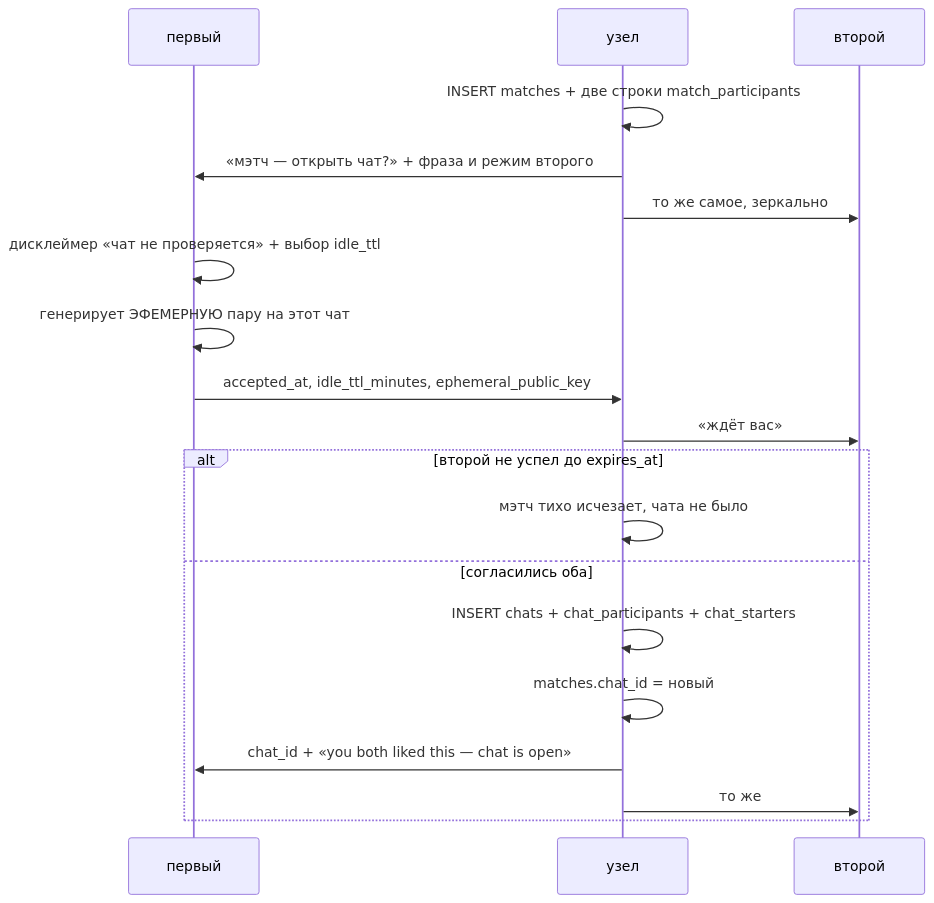
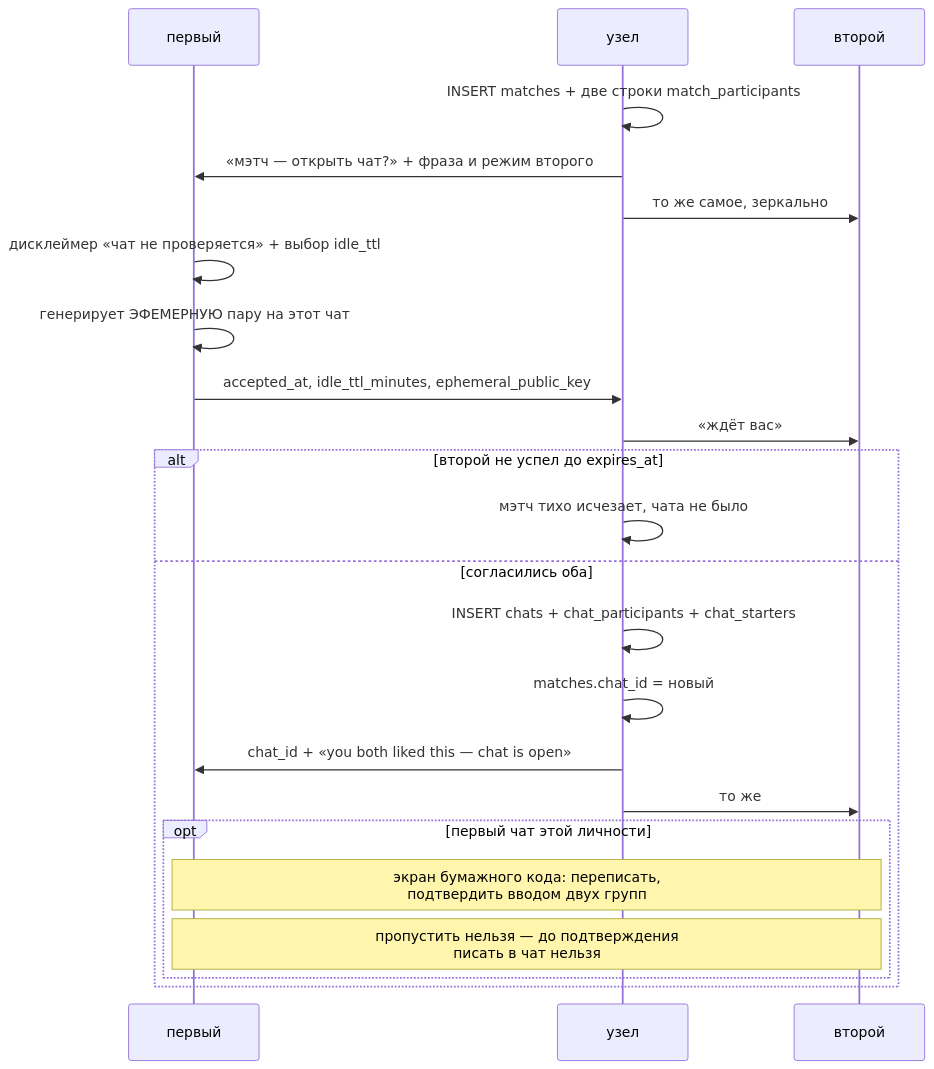
One commit to panov-id/xor.ad changed the tenth of 26 diagrams in docs/chat-flows_RU.md. Above: the diagram before and after it, drawn with Mermaid. The commit also changed other lines of this file and 5 other files, not shown here.

````diff
--- a/docs/chat-flows_RU.md
+++ b/docs/chat-flows_RU.md
@@ -318,21 +324,25 @@
 ```mermaid
 sequenceDiagram
   participant A as первый
   participant N as узел
   participant B as второй
   N->>N: INSERT matches + две строки match_participants
   N->>A: «мэтч — открыть чат?» + фраза и режим второго
   N->>B: то же самое, зеркально
   A->>A: дисклеймер «чат не проверяется» + выбор idle_ttl
   A->>A: генерирует ЭФЕМЕРНУЮ пару на этот чат
   A->>N: accepted_at, idle_ttl_minutes, ephemeral_public_key
   N->>B: «ждёт вас»
   alt второй не успел до expires_at
     N->>N: мэтч тихо исчезает, чата не было
   else согласились оба
     N->>N: INSERT chats + chat_participants + chat_starters
     N->>N: matches.chat_id = новый
     N->>A: chat_id + «you both liked this — chat is open»
     N->>B: то же
+    opt первый чат этой личности
+      Note over A,B: экран бумажного кода: переписать,<br/>подтвердить вводом двух групп
+      Note over A,B: пропустить нельзя — до подтверждения<br/>писать в чат нельзя
+    end
   end
 ```
````
